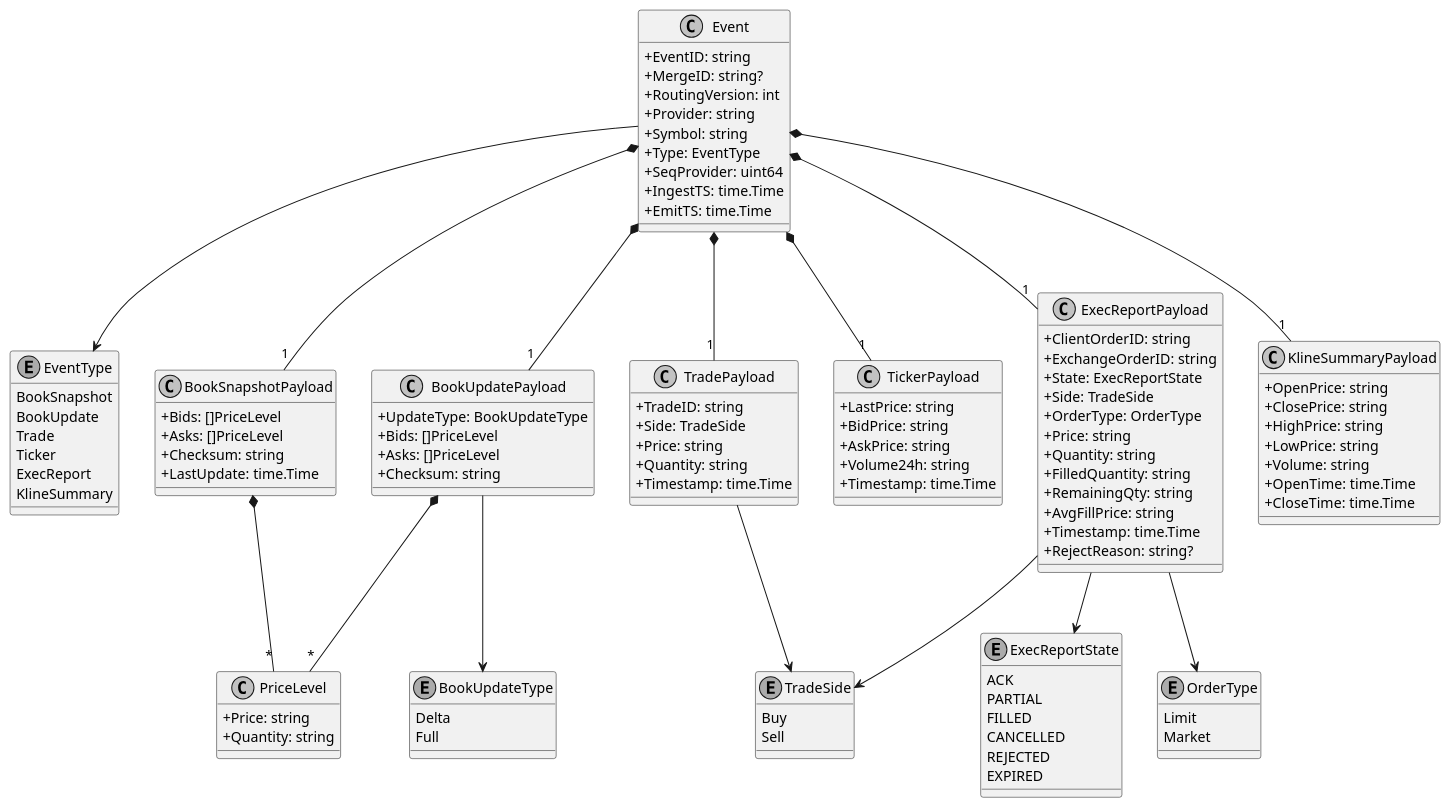
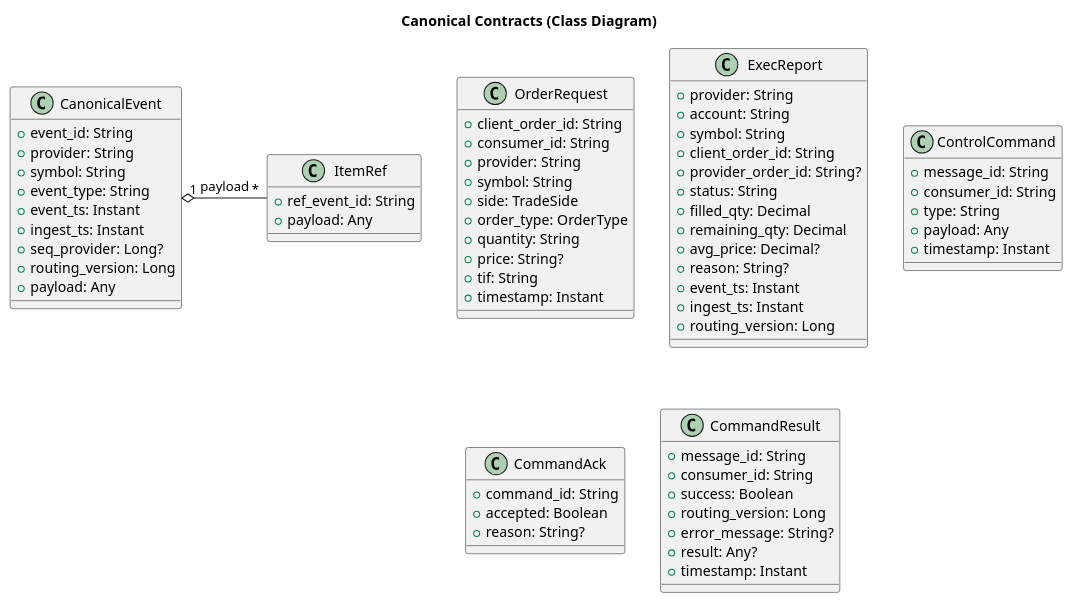
One commit to coachpo/meltica-gateway changed the diagram in docs/diagrams/canonical-events-class.puml. Above: the diagram before and after it, drawn with PlantUML. The commit also changed 217 other files, not shown here.

```diff
--- a/docs/diagrams/canonical-events-class.puml
+++ b/docs/diagrams/canonical-events-class.puml
@@ -1,126 +1,75 @@
-@startuml canonical-events-class
-skinparam classAttributeIconSize 0
-skinparam monochrome true
+@startuml
+title Canonical Contracts (Class Diagram)
 
-class Event {
-  +EventID: string
-  +MergeID: string?
-  +RoutingVersion: int
-  +Provider: string
-  +Symbol: string
-  +Type: EventType
-  +SeqProvider: uint64
-  +IngestTS: time.Time
-  +EmitTS: time.Time
+class CanonicalEvent {
+  +event_id: String
+  +provider: String
+  +symbol: String
+  +event_type: String
+  +event_ts: Instant
+  +ingest_ts: Instant
+  +seq_provider: Long?
+  +routing_version: Long
+  +payload: Any
 }
 
-enum EventType {
-  BookSnapshot
-  BookUpdate
-  Trade
-  Ticker
-  ExecReport
-  KlineSummary
+class ItemRef { 
+  +ref_event_id: String
+  +payload: Any 
 }
 
-class BookSnapshotPayload {
-  +Bids: []PriceLevel
-  +Asks: []PriceLevel
-  +Checksum: string
-  +LastUpdate: time.Time
+class OrderRequest {
+  +client_order_id: String
+  +consumer_id: String
+  +provider: String
+  +symbol: String
+  +side: TradeSide
+  +order_type: OrderType
+  +quantity: String
+  +price: String?
+  +tif: String
+  +timestamp: Instant
 }
 
-class BookUpdatePayload {
-  +UpdateType: BookUpdateType
-  +Bids: []PriceLevel
-  +Asks: []PriceLevel
-  +Checksum: string
+class ExecReport {
+  +provider: String
+  +account: String
+  +symbol: String
+  +client_order_id: String
+  +provider_order_id: String?
+  +status: String
+  +filled_qty: Decimal
+  +remaining_qty: Decimal
+  +avg_price: Decimal?
+  +reason: String?
+  +event_ts: Instant
+  +ingest_ts: Instant
+  +routing_version: Long
 }
 
-enum BookUpdateType {
-  Delta
-  Full
+class ControlCommand {
+  +message_id: String
+  +consumer_id: String
+  +type: String
+  +payload: Any
+  +timestamp: Instant
 }
 
-class TradePayload {
-  +TradeID: string
-  +Side: TradeSide
-  +Price: string
-  +Quantity: string
-  +Timestamp: time.Time
+class CommandAck {
+  +command_id: String
+  +accepted: Boolean
+  +reason: String?
 }
 
-enum TradeSide {
-  Buy
-  Sell
+class CommandResult {
+  +message_id: String
+  +consumer_id: String
+  +success: Boolean
+  +routing_version: Long
+  +error_message: String?
+  +result: Any?
+  +timestamp: Instant
 }
 
-class TickerPayload {
-  +LastPrice: string
-  +BidPrice: string
-  +AskPrice: string
-  +Volume24h: string
-  +Timestamp: time.Time
-}
-
-class ExecReportPayload {
-  +ClientOrderID: string
-  +ExchangeOrderID: string
-  +State: ExecReportState
-  +Side: TradeSide
-  +OrderType: OrderType
-  +Price: string
-  +Quantity: string
-  +FilledQuantity: string
-  +RemainingQty: string
-  +AvgFillPrice: string
-  +Timestamp: time.Time
-  +RejectReason: string?
-}
-
-enum ExecReportState {
-  ACK
-  PARTIAL
-  FILLED
-  CANCELLED
-  REJECTED
-  EXPIRED
-}
-
-enum OrderType {
-  Limit
-  Market
-}
-
-class KlineSummaryPayload {
-  +OpenPrice: string
-  +ClosePrice: string
-  +HighPrice: string
-  +LowPrice: string
-  +Volume: string
-  +OpenTime: time.Time
-  +CloseTime: time.Time
-}
-
-class PriceLevel {
-  +Price: string
-  +Quantity: string
-}
-
-Event --> EventType
-Event *-- "1" BookSnapshotPayload
-Event *-- "1" BookUpdatePayload
-Event *-- "1" TradePayload
-Event *-- "1" TickerPayload
-Event *-- "1" ExecReportPayload
-Event *-- "1" KlineSummaryPayload
-
-BookSnapshotPayload *-- "*" PriceLevel
-BookUpdatePayload *-- "*" PriceLevel
-ExecReportPayload --> ExecReportState
-ExecReportPayload --> TradeSide
-ExecReportPayload --> OrderType
-BookUpdatePayload --> BookUpdateType
-TradePayload --> TradeSide
-
+CanonicalEvent "1" o- "*" ItemRef : payload
 @enduml
```
